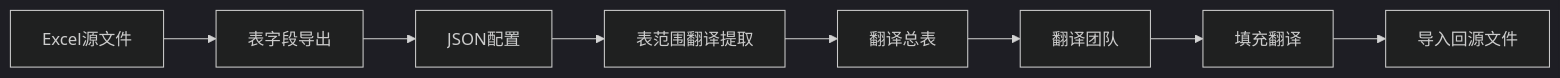
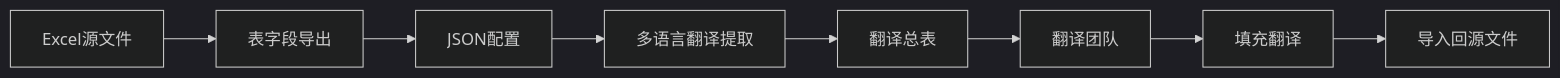
One commit to Chacat68/gametools changed the diagram in docs/TABLE_RANGE_TRANSLATOR_GUIDE.md. Above: the diagram before and after it, drawn with Mermaid (dark theme). The commit also changed other lines of this file and 11 other files, not shown here.

````diff
--- a/docs/TABLE_RANGE_TRANSLATOR_GUIDE.md
+++ b/docs/TABLE_RANGE_TRANSLATOR_GUIDE.md
@@ -132,10 +132,10 @@
 ```mermaid
 graph LR
     A[Excel源文件] --> B[表字段导出]
     B --> C[JSON配置]
-    C --> D[表范围翻译提取]
+    C --> D[多语言翻译提取]
     D --> E[翻译总表]
     E --> F[翻译团队]
     F --> G[填充翻译]
     G --> H[导入回源文件]
 ```
````
